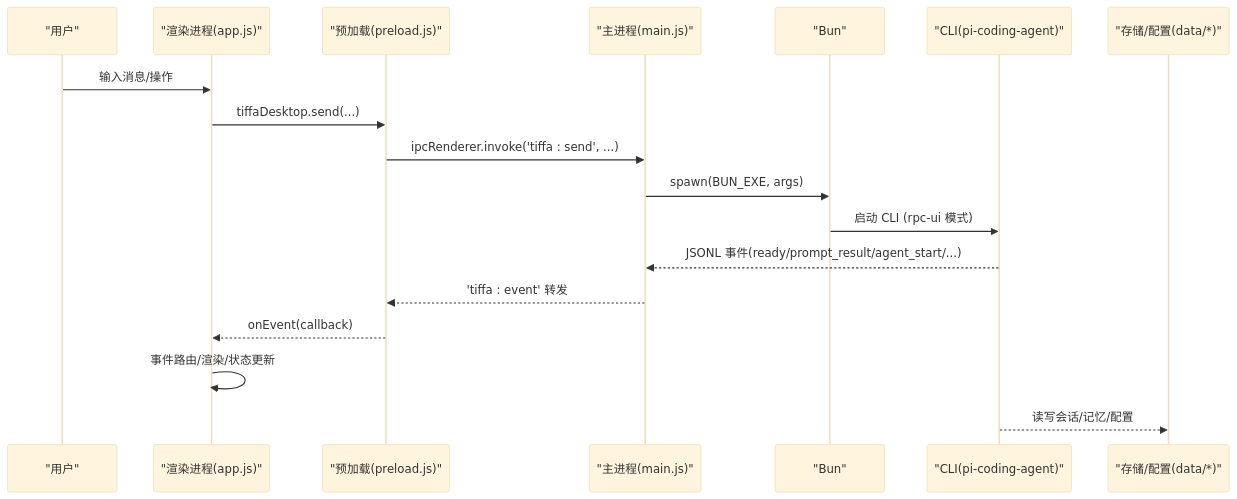
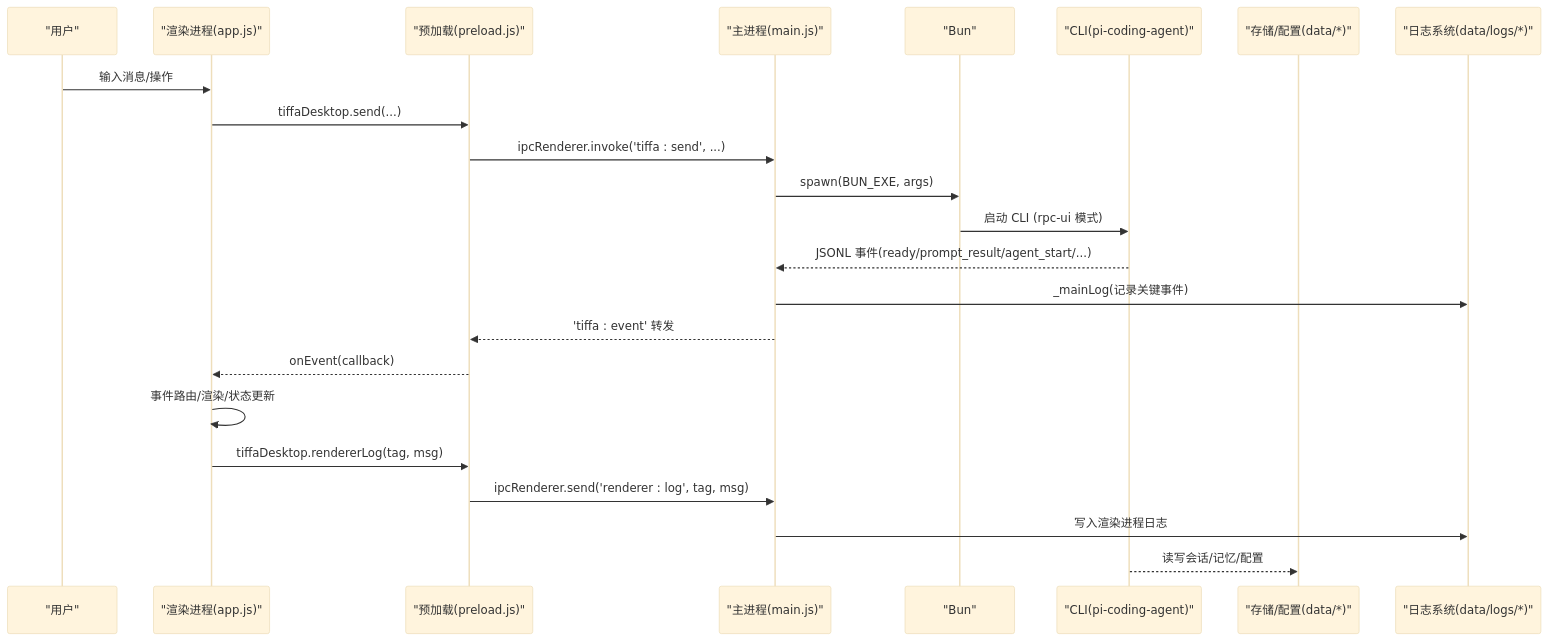
Before and after one commit to swond-Mao/Tiffa: the second of 5 diagrams in .qoder/repowiki/zh/content/贡献指南/开发文档.md, drawn with Mermaid (base theme). The commit also changed other lines of this file and 25 other files, not shown here.

````diff
--- a/.qoder/repowiki/zh/content/贡献指南/开发文档.md
+++ b/.qoder/repowiki/zh/content/贡献指南/开发文档.md
@@ -104,20 +112,25 @@
 ```mermaid
 sequenceDiagram
 participant U as "用户"
 participant R as "渲染进程(app.js)"
 participant P as "预加载(preload.js)"
 participant M as "主进程(main.js)"
 participant B as "Bun"
 participant C as "CLI(pi-coding-agent)"
 participant S as "存储/配置(data/*)"
+participant L as "日志系统(data/logs/*)"
 U->>R : 输入消息/操作
 R->>P : tiffaDesktop.send(...)
 P->>M : ipcRenderer.invoke('tiffa : send', ...)
 M->>B : spawn(BUN_EXE, args)
 B->>C : 启动 CLI (rpc-ui 模式)
 C-->>M : JSONL 事件(ready/prompt_result/agent_start/...)
+M->>L : _mainLog(记录关键事件)
 M-->>P : 'tiffa : event' 转发
 P-->>R : onEvent(callback)
 R->>R : 事件路由/渲染/状态更新
+R->>P : tiffaDesktop.rendererLog(tag, msg)
+P->>M : ipcRenderer.send('renderer : log', tag, msg)
+M->>L : 写入渲染进程日志
 C-->>S : 读写会话/记忆/配置
 ```
````
